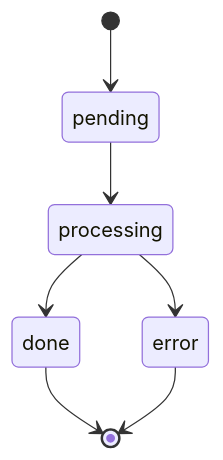
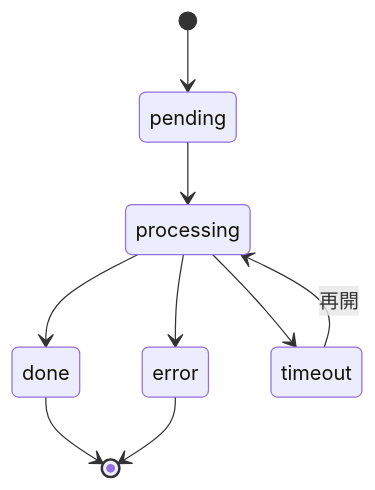
Before and after one commit to 0ht/meeting-minutes-agent: the second of 3 diagrams in docs/requirement.md, drawn with Mermaid. The commit also changed other lines of this file and 17 other files, not shown here.

````diff
--- a/docs/requirement.md
+++ b/docs/requirement.md
@@ -247,9 +268,11 @@
 ```mermaid
 stateDiagram-v2
     [*] --> pending
     pending --> processing
     processing --> done
     processing --> error
+    processing --> timeout
+    timeout --> processing : 再開
     done --> [*]
     error --> [*]
 ```
````
